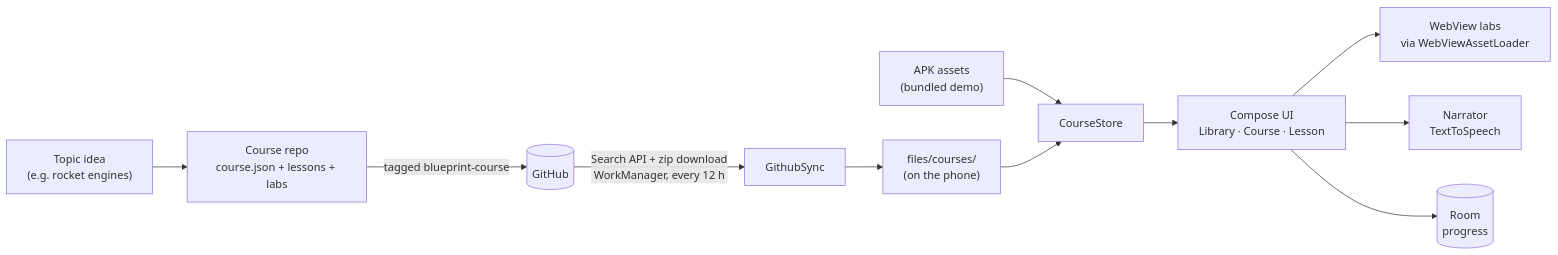
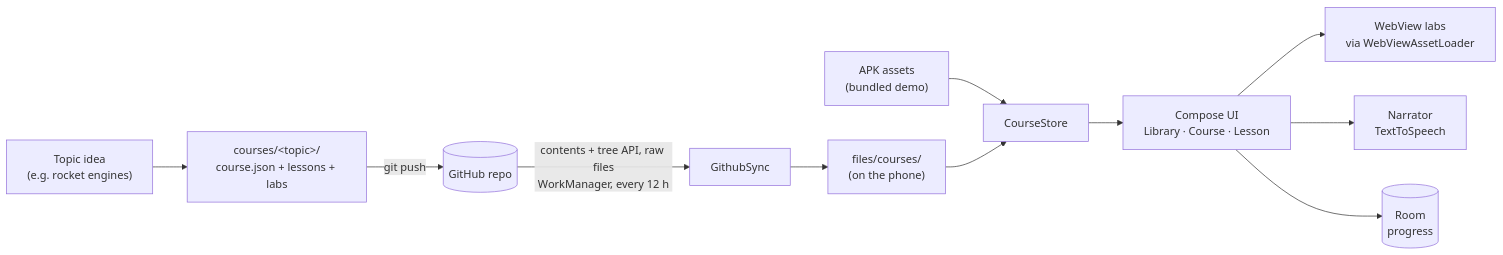
The diagram in README.md (CliffSolo/blueprint), drawn with Mermaid before and after one commit. The commit also changed other lines of this file and 25 other files, not shown here.

First line of the commit message:
0.3.0: one repo for the app and all courses

````diff
--- a/README.md
+++ b/README.md
@@ -31,13 +38,13 @@
 ```mermaid
 flowchart LR
-    T["Topic idea<br/>(e.g. rocket engines)"] --> C["Course repo<br/>course.json + lessons + labs"]
-    C -->|tagged blueprint-course| GH[(GitHub)]
-    GH -->|Search API + zip download<br/>WorkManager, every 12 h| S[GithubSync]
+    T["Topic idea<br/>(e.g. rocket engines)"] --> C["courses/&lt;topic&gt;/<br/>course.json + lessons + labs"]
+    C -->|git push| GH[(GitHub repo)]
+    GH -->|contents + tree API, raw files<br/>WorkManager, every 12 h| S[GithubSync]
     S --> F["files/courses/<br/>(on the phone)"]
     A["APK assets<br/>(bundled demo)"] --> CS[CourseStore]
     F --> CS
     CS --> UI["Compose UI<br/>Library · Course · Lesson"]
     UI --> W["WebView labs<br/>via WebViewAssetLoader"]
     UI --> N["Narrator<br/>TextToSpeech"]
     UI --> DB[("Room<br/>progress")]
 ```
````
